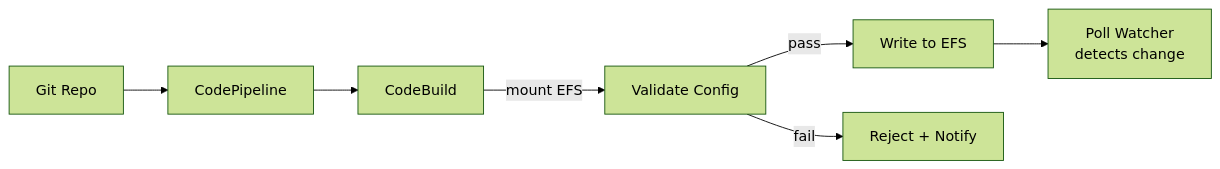
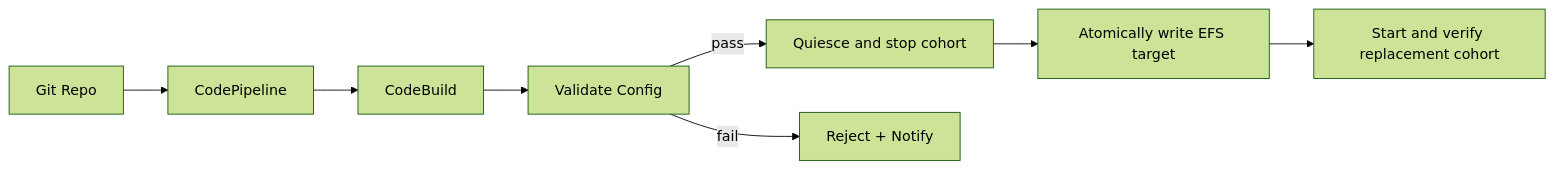
Before and after one commit to mariotoffia/gobridge: the second of 2 diagrams in docs/scenarios/cdk/04-production-stack.md, drawn with Mermaid (forest theme). The commit also changed other lines of this file and 48 other files, not shown here.

````diff
--- a/docs/scenarios/cdk/04-production-stack.md
+++ b/docs/scenarios/cdk/04-production-stack.md
@@ -361,9 +370,10 @@
 ```mermaid
 flowchart LR
     Repo[Git Repo] --> CP[CodePipeline]
     CP --> CB[CodeBuild]
-    CB -->|mount EFS| Validate[Validate Config]
-    Validate -->|pass| Write[Write to EFS]
-    Write --> Poll[Poll Watcher\ndetects change]
+    CB --> Validate[Validate Config]
+    Validate -->|pass| Stop[Quiesce and stop cohort]
+    Stop --> Write[Atomically write EFS target]
+    Write --> Start[Start and verify replacement cohort]
     Validate -->|fail| Reject[Reject + Notify]
 ```
````
